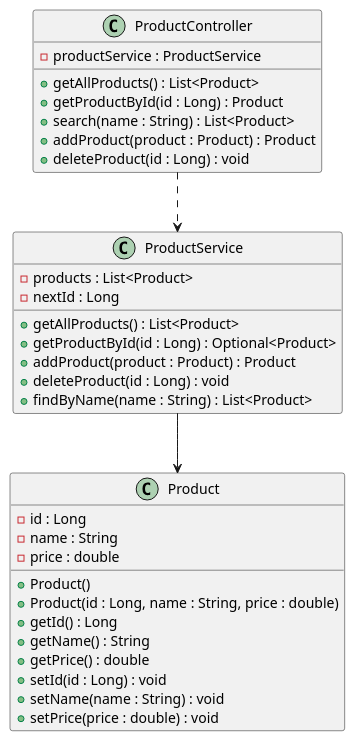
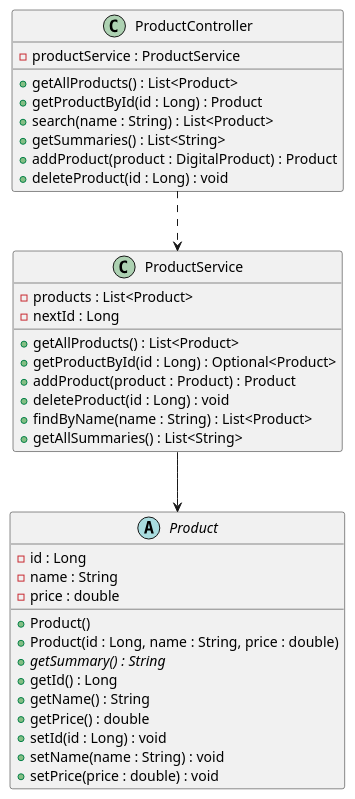
One commit to Zbluearrow/products-api changed the diagram in docs/uml/ProductCatalogue.puml. Above: the diagram before and after it, drawn with PlantUML.

Commit message:
Tutorial 5: update ProductCatalogue UML for abstract Product and summaries endpoint

```diff
--- a/docs/uml/ProductCatalogue.puml
+++ b/docs/uml/ProductCatalogue.puml
@@ -1,42 +1,45 @@
 @startuml
 
-class Product {
+abstract class Product {
   - id : Long
   - name : String
   - price : double
   + Product()
   + Product(id : Long, name : String, price : double)
+  + {abstract} getSummary() : String
   + getId() : Long
   + getName() : String
   + getPrice() : double
   + setId(id : Long) : void
   + setName(name : String) : void
   + setPrice(price : double) : void
 }
 
 class ProductService {
   - products : List<Product>
   - nextId : Long
   + getAllProducts() : List<Product>
   + getProductById(id : Long) : Optional<Product>
   + addProduct(product : Product) : Product
   + deleteProduct(id : Long) : void
   + findByName(name : String) : List<Product>
+  + getAllSummaries() : List<String>
 }
 
 class ProductController {
   - productService : ProductService
   + getAllProducts() : List<Product>
   + getProductById(id : Long) : Product
   + search(name : String) : List<Product>
-  + addProduct(product : Product) : Product
+  + getSummaries() : List<String>
+  + addProduct(product : DigitalProduct) : Product
   + deleteProduct(id : Long) : void
 }
 
 ' ..> is a dependency: DASHED line, open arrow
 ProductController ..> ProductService
 
 ' --> is an association: SOLID line
 ProductService --> Product
 
 @enduml
```
